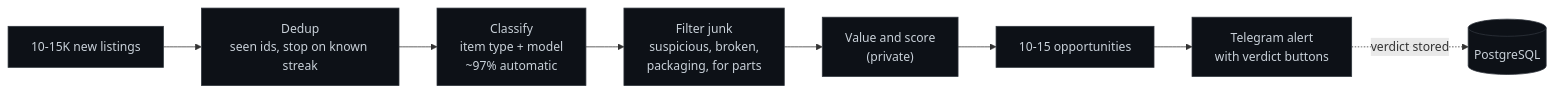
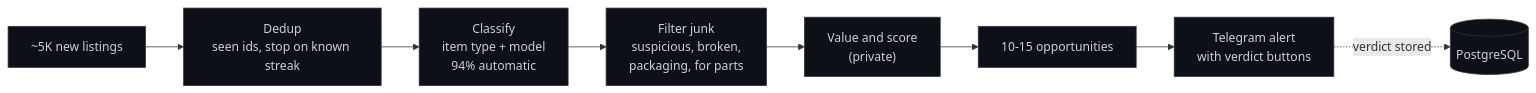
The first of 2 diagrams in README.md (miguelmoga2002-alt/market-intelligence-agent), drawn with Mermaid before and after one commit. The commit also changed other lines of this file and 1 other file, not shown here.

````diff
--- a/README.md
+++ b/README.md
@@ -41,12 +44,12 @@
 ```mermaid
 flowchart LR
-    A["10-15K new listings"] --> B["Dedup<br/>seen ids, stop on known streak"]
-    B --> C["Classify<br/>item type + model<br/>~97% automatic"]
+    A["~5K new listings"] --> B["Dedup<br/>seen ids, stop on known streak"]
+    B --> C["Classify<br/>item type + model<br/>94% automatic"]
     C --> D["Filter junk<br/>suspicious, broken,<br/>packaging, for parts"]
     D --> E["Value and score<br/>(private)"]
     E --> F["10-15 opportunities"]
     F --> G["Telegram alert<br/>with verdict buttons"]
     G -. verdict stored .-> DB[("PostgreSQL")]
     classDef s fill:#0d1117,stroke:#30363d,color:#c9d1d9;
     class A,B,C,D,E,F,G,DB s;
 ```
````
